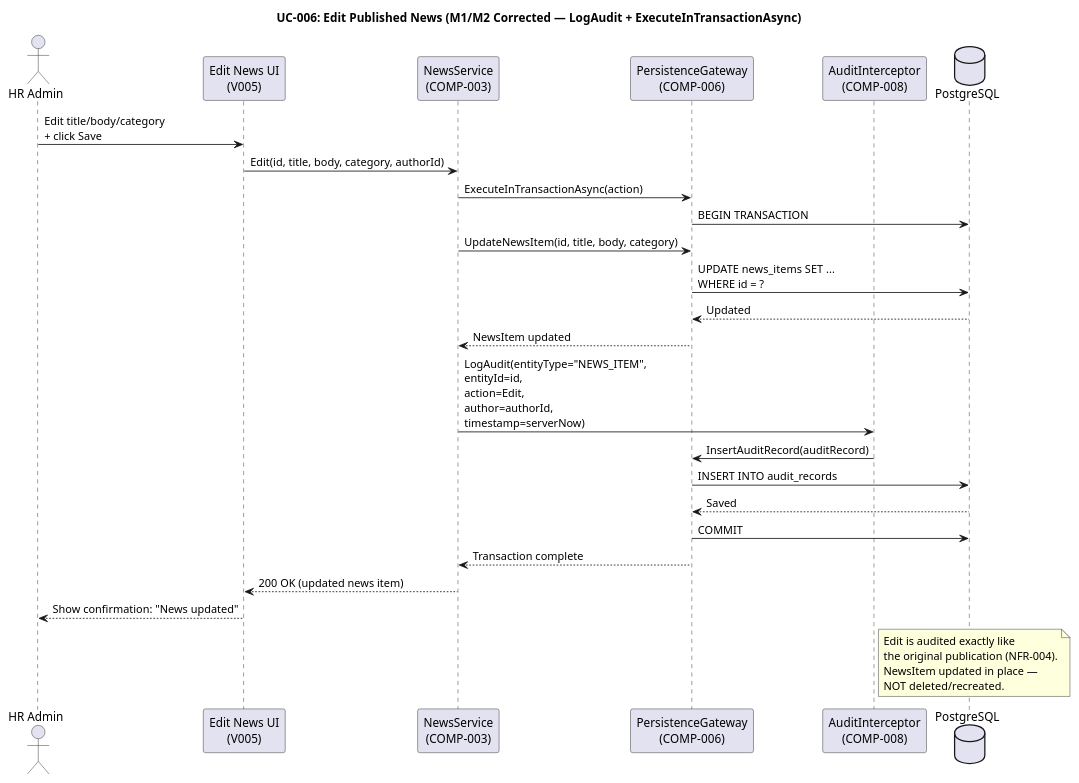
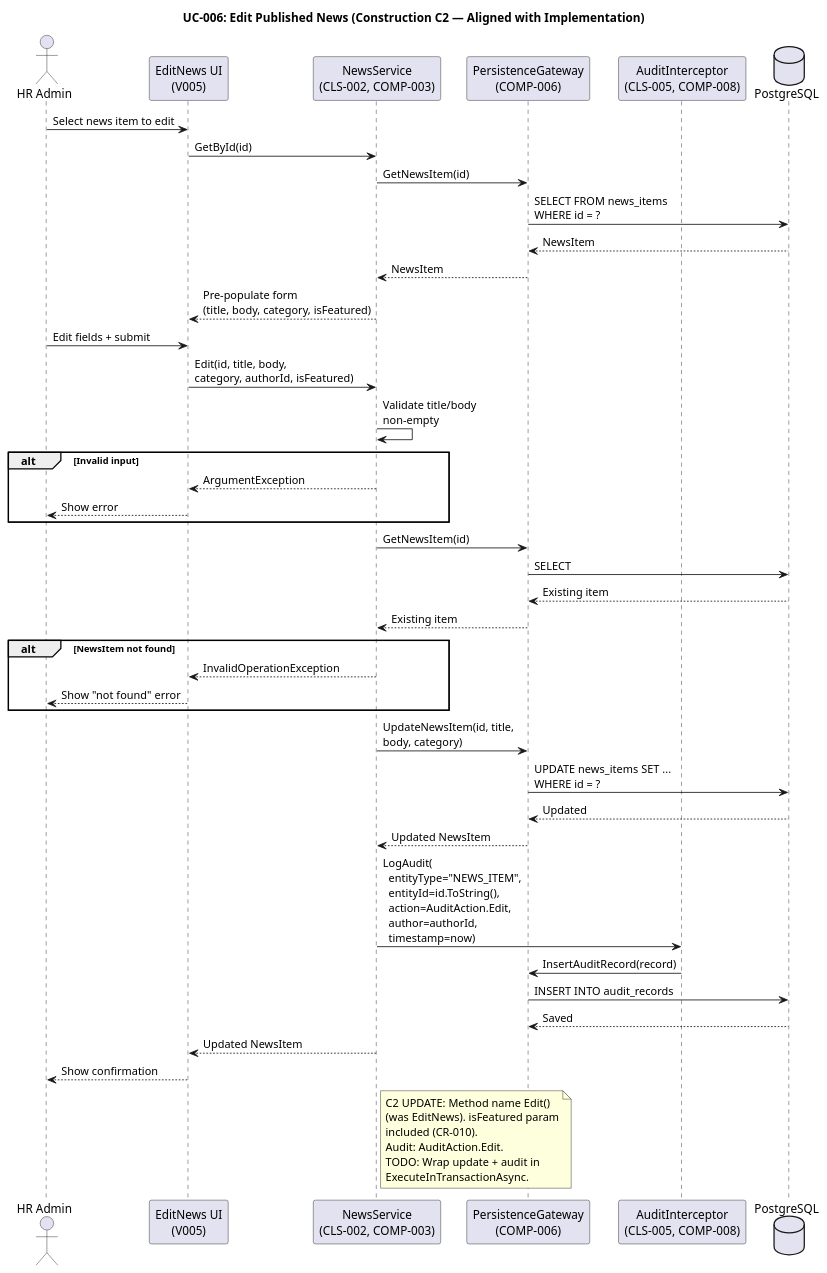
Before and after one commit to banense-test/portal-cuba-corp: the seventh of 33 diagrams in docs/artifacts/analysis---design/design-model.md, drawn with PlantUML. The commit also changed other lines of this file, not shown here.

````diff
--- a/docs/artifacts/analysis---design/design-model.md
+++ b/docs/artifacts/analysis---design/design-model.md
@@ -489,42 +536,63 @@
 ```plantuml
 @startuml
-title UC-006: Edit Published News (M1/M2 Corrected — LogAudit + ExecuteInTransactionAsync)
+title UC-006: Edit Published News (Construction C2 — Aligned with Implementation)
 
 actor "HR Admin" as HR
-participant "Edit News UI\n(V005)" as UI
-participant "NewsService\n(COMP-003)" as SVC
+participant "EditNews UI\n(V005)" as UI
+participant "NewsService\n(CLS-002, COMP-003)" as SVC
 participant "PersistenceGateway\n(COMP-006)" as DB
-participant "AuditInterceptor\n(COMP-008)" as AUDIT
+participant "AuditInterceptor\n(CLS-005, COMP-008)" as AUDIT
 database "PostgreSQL" as PG
 
-HR -> UI : Edit title/body/category\n+ click Save
-UI -> SVC : Edit(id, title, body, category, authorId)
+HR -> UI : Select news item to edit
+UI -> SVC : GetById(id)
+SVC -> DB : GetNewsItem(id)
+DB -> PG : SELECT FROM news_items\nWHERE id = ?
+PG --> DB : NewsItem
+DB --> SVC : NewsItem
+SVC --> UI : Pre-populate form\n(title, body, category, isFeatured)
 
-SVC -> DB : ExecuteInTransactionAsync(action)
-DB -> PG : BEGIN TRANSACTION
+HR -> UI : Edit fields + submit
+UI -> SVC : Edit(id, title, body,\ncategory, authorId, isFeatured)
 
-SVC -> DB : UpdateNewsItem(id, title, body, category)
+SVC -> SVC : Validate title/body\nnon-empty
+
+alt Invalid input
+  SVC --> UI : ArgumentException
+  UI --> HR : Show error
+end
+
+SVC -> DB : GetNewsItem(id)
+DB -> PG : SELECT
+PG --> DB : Existing item
+DB --> SVC : Existing item
+
+alt NewsItem not found
+  SVC --> UI : InvalidOperationException
+  UI --> HR : Show "not found" error
+end
+
+SVC -> DB : UpdateNewsItem(id, title,\nbody, category)
 DB -> PG : UPDATE news_items SET ...\nWHERE id = ?
 PG --> DB : Updated
-DB --> SVC : NewsItem updated
+DB --> SVC : Updated NewsItem
 
-SVC -> AUDIT : LogAudit(entityType="NEWS_ITEM",\nentityId=id,\naction=Edit,\nauthor=authorId,\ntimestamp=serverNow)
-AUDIT -> DB : InsertAuditRecord(auditRecord)
+SVC -> AUDIT : LogAudit(\n  entityType="NEWS_ITEM",\n  entityId=id.ToString(),\n  action=AuditAction.Edit,\n  author=authorId,\n  timestamp=now)
+AUDIT -> DB : InsertAuditRecord(record)
 DB -> PG : INSERT INTO audit_records
 PG --> DB : Saved
 
-DB -> PG : COMMIT
-DB --> SVC : Transaction complete
+SVC --> UI : Updated NewsItem
+UI --> HR : Show confirmation
 
-SVC --> UI : 200 OK (updated news item)
-UI --> HR : Show confirmation: "News updated"
-
-note right of AUDIT
-  Edit is audited exactly like
-  the original publication (NFR-004).
-  NewsItem updated in place —
-  NOT deleted/recreated.
+note right of SVC
+  C2 UPDATE: Method name Edit()
+  (was EditNews). isFeatured param
+  included (CR-010).
+  Audit: AuditAction.Edit.
+  TODO: Wrap update + audit in
+  ExecuteInTransactionAsync.
 end note
 
 @enduml
 ```
````
